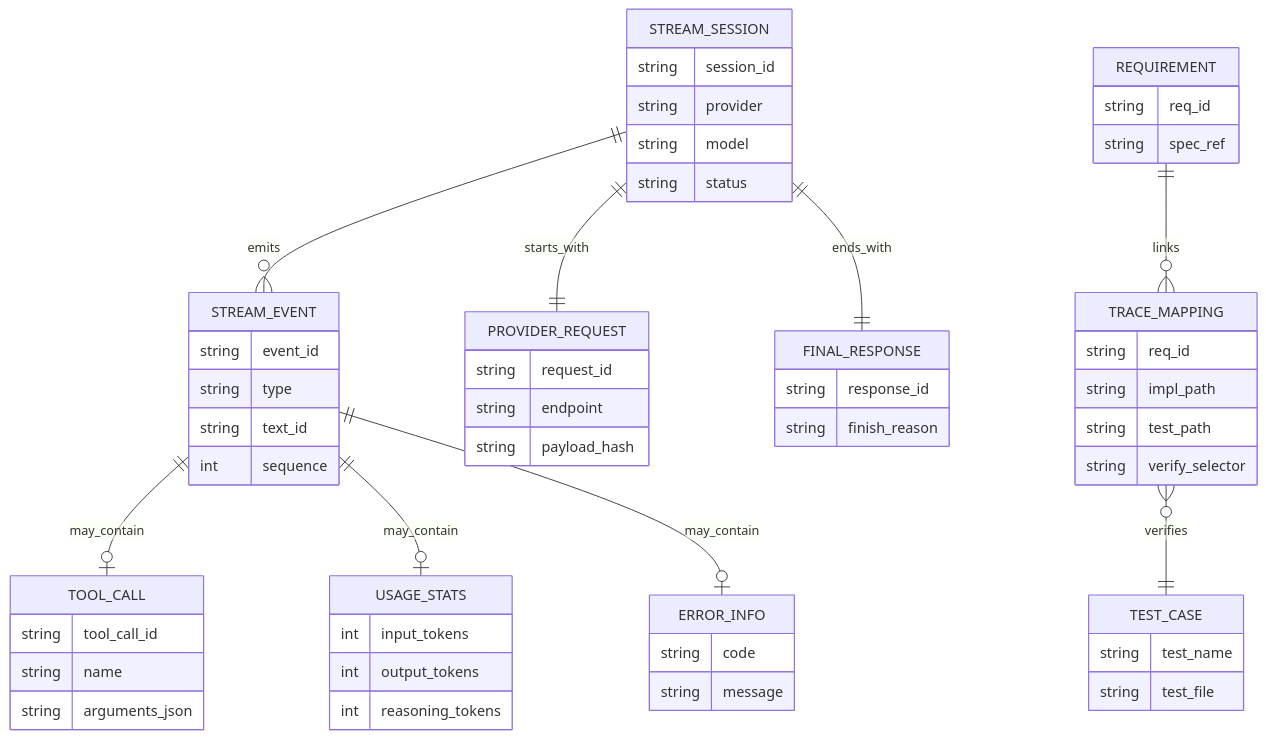
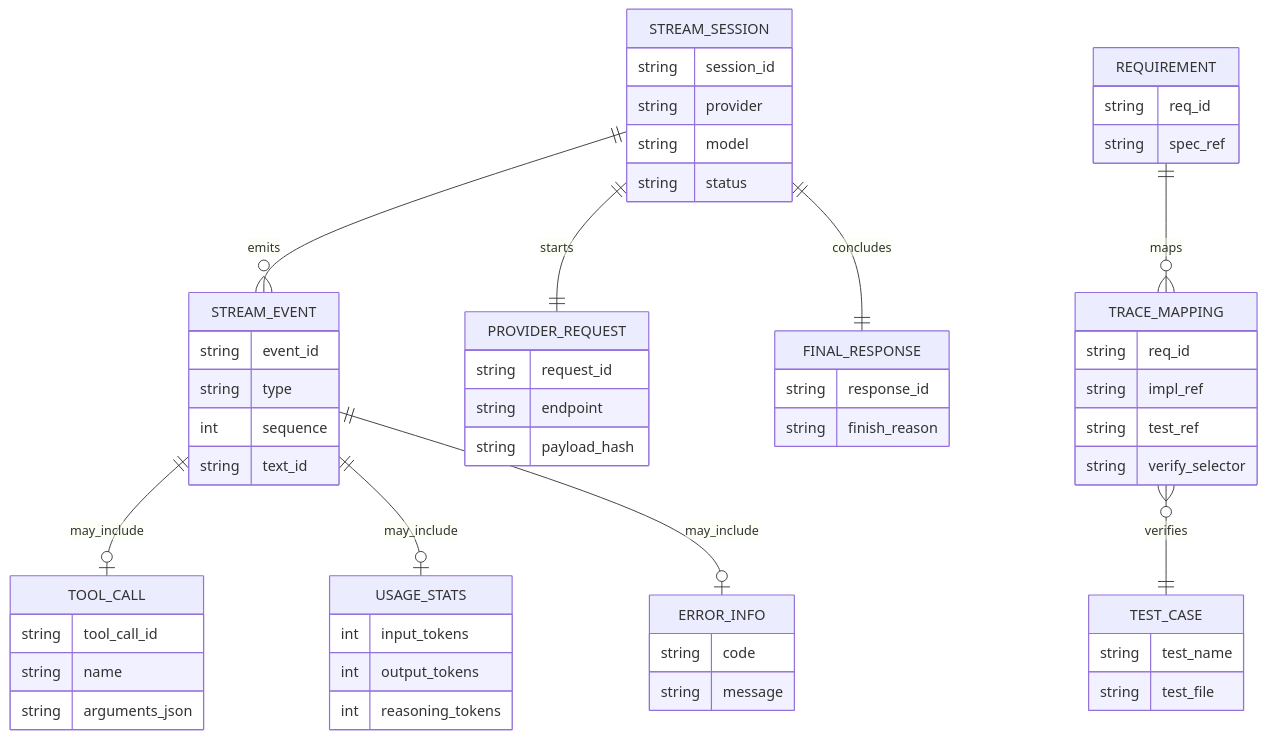
The second of 5 diagrams in docs/sprints/SPRINT-005-comprehensive-implementation-plan.md (jaytaylor/attractor-tcl), drawn with Mermaid before and after one commit. The commit also changed other lines of this file, not shown here.

````diff
--- a/docs/sprints/SPRINT-005-comprehensive-implementation-plan.md
+++ b/docs/sprints/SPRINT-005-comprehensive-implementation-plan.md
@@ -642,61 +413,70 @@
 ```mermaid
 erDiagram
   STREAM_SESSION ||--o{ STREAM_EVENT : emits
-  STREAM_SESSION ||--|| PROVIDER_REQUEST : starts_with
-  STREAM_SESSION ||--|| FINAL_RESPONSE : ends_with
-  STREAM_EVENT ||--o| TOOL_CALL : may_contain
-  STREAM_EVENT ||--o| USAGE_STATS : may_contain
-  STREAM_EVENT ||--o| ERROR_INFO : may_contain
-  REQUIREMENT ||--o{ TRACE_MAPPING : links
+  STREAM_SESSION ||--|| PROVIDER_REQUEST : starts
+  STREAM_SESSION ||--|| FINAL_RESPONSE : concludes
+  STREAM_EVENT ||--o| TOOL_CALL : may_include
+  STREAM_EVENT ||--o| USAGE_STATS : may_include
+  STREAM_EVENT ||--o| ERROR_INFO : may_include
+  REQUIREMENT ||--o{ TRACE_MAPPING : maps
   TRACE_MAPPING }o--|| TEST_CASE : verifies
 
   STREAM_SESSION {
     string session_id
     string provider
     string model
     string status
   }
+
   PROVIDER_REQUEST {
     string request_id
     string endpoint
     string payload_hash
   }
+
   STREAM_EVENT {
     string event_id
     string type
+    int sequence
     string text_id
-    int sequence
   }
+
   TOOL_CALL {
     string tool_call_id
     string name
     string arguments_json
   }
+
   USAGE_STATS {
     int input_tokens
     int output_tokens
     int reasoning_tokens
   }
+
   ERROR_INFO {
     string code
     string message
   }
+
   FINAL_RESPONSE {
     string response_id
     string finish_reason
   }
+
   REQUIREMENT {
     string req_id
     string spec_ref
   }
+
   TRACE_MAPPING {
     string req_id
-    string impl_path
-    string test_path
+    string impl_ref
+    string test_ref
     string verify_selector
   }
+
   TEST_CASE {
     string test_name
     string test_file
   }
 ```
````
